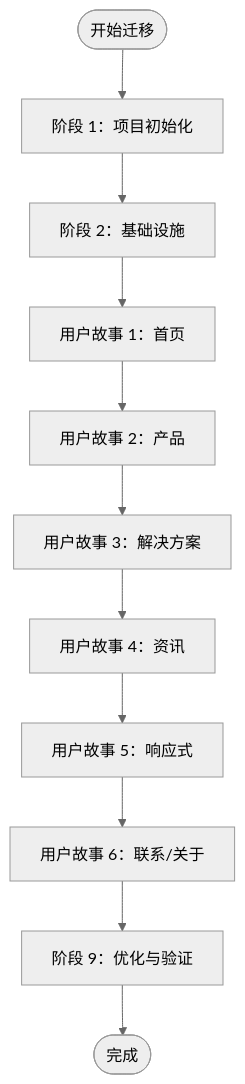
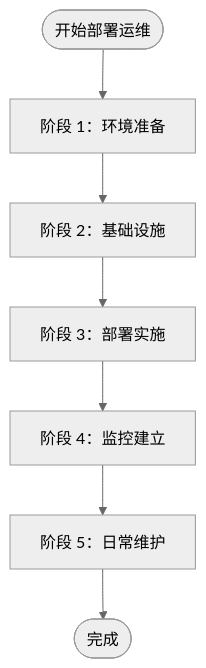
The third of 5 diagrams in .qoder/repowiki/zh/content/规格文档/规格文档.md (Will0253/zczk), drawn with Mermaid (neutral theme) before and after one commit. The commit also changed other lines of this file and 13 other files, not shown here.

````diff
--- a/.qoder/repowiki/zh/content/规格文档/规格文档.md
+++ b/.qoder/repowiki/zh/content/规格文档/规格文档.md
@@ -169,13 +200,9 @@
 ```mermaid
 flowchart TD
-Start(["开始迁移"]) --> Setup["阶段 1：项目初始化"]
+Start(["开始部署运维"]) --> Setup["阶段 1：环境准备"]
 Setup --> Foundational["阶段 2：基础设施"]
-Foundational --> US1["用户故事 1：首页"]
-US1 --> US2["用户故事 2：产品"]
-US2 --> US3["用户故事 3：解决方案"]
-US3 --> US4["用户故事 4：资讯"]
-US4 --> US5["用户故事 5：响应式"]
-US5 --> US6["用户故事 6：联系/关于"]
-US6 --> Polish["阶段 9：优化与验证"]
-Polish --> End(["完成"])
+Foundational --> Deployment["阶段 3：部署实施"]
+Deployment --> Monitoring["阶段 4：监控建立"]
+Monitoring --> Maintenance["阶段 5：日常维护"]
+Maintenance --> End(["完成"])
 ```
````
